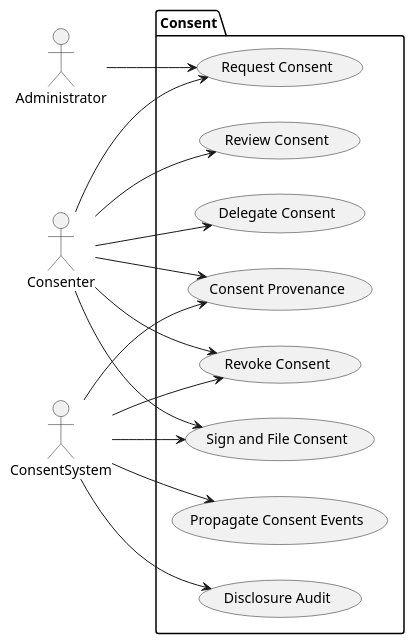
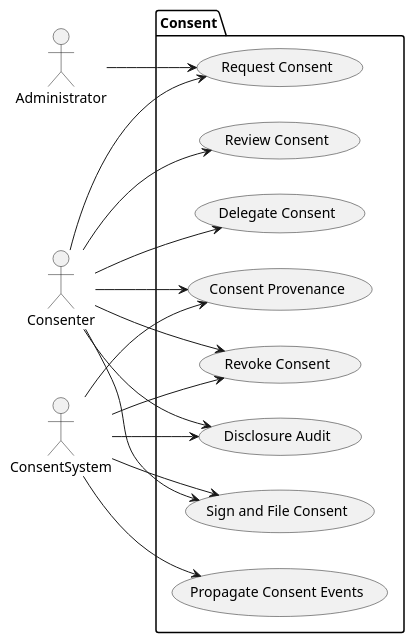
Before and after one commit to HL7/fhir-consent-management: the diagram in input/images-source/usecases.plantuml, drawn with PlantUML.

Commit message:
FHIR-54540

```diff
--- a/input/images-source/usecases.plantuml
+++ b/input/images-source/usecases.plantuml
@@ -1,28 +1,29 @@
 @startuml
 left to right direction
 actor Administrator as a
 actor Consenter as c
 actor ConsentSystem as s
 package Consent {
   usecase "Request Consent" as UC1
   usecase "Review Consent" as UC2
   usecase "Sign and File Consent" as UC3
   usecase "Delegate Consent" as UC4
   usecase "Revoke Consent" as UC5
   usecase "Disclosure Audit" as UC6
   usecase "Propagate Consent Events" as UC7
   usecase "Consent Provenance" as UC8
 }
 a --> UC1
 c --> UC1
 c --> UC2
 c --> UC3
 s --> UC3
 c --> UC4
 c --> UC5
+c --> UC6
 s --> UC5
 s --> UC6
 s --> UC7
 c --> UC8
 s --> UC8
 @enduml
```
